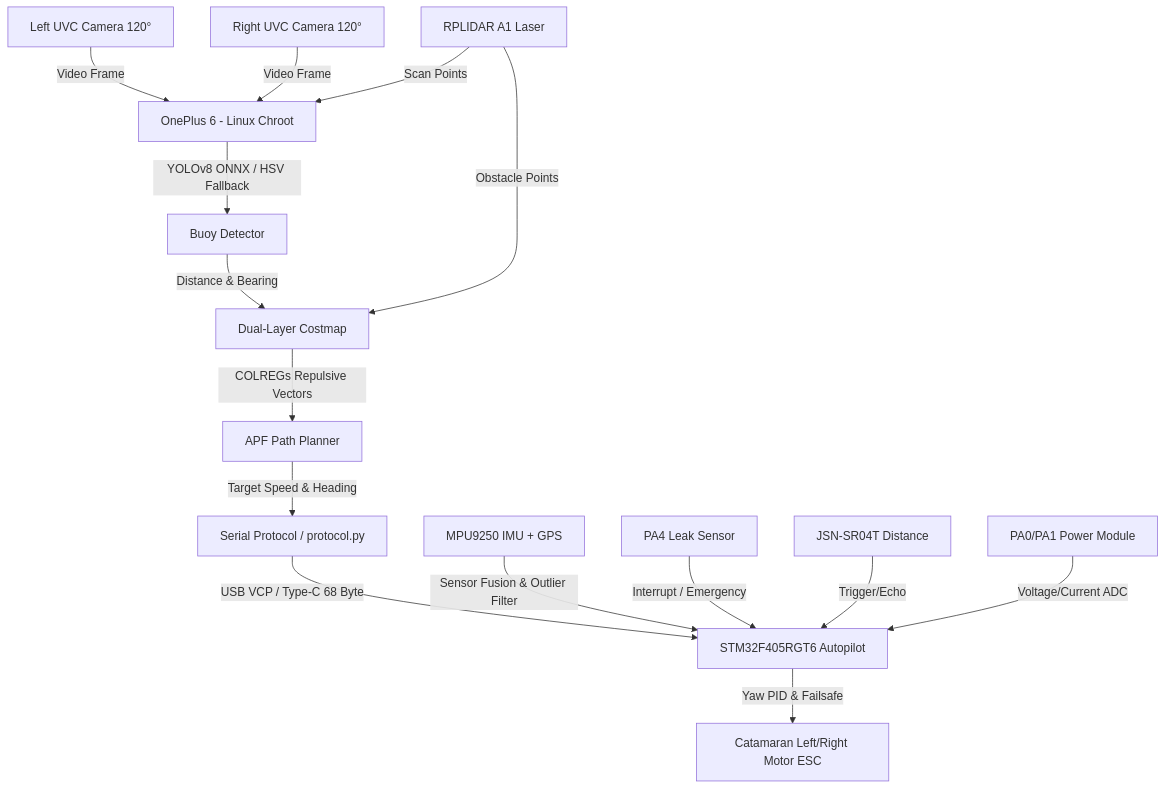
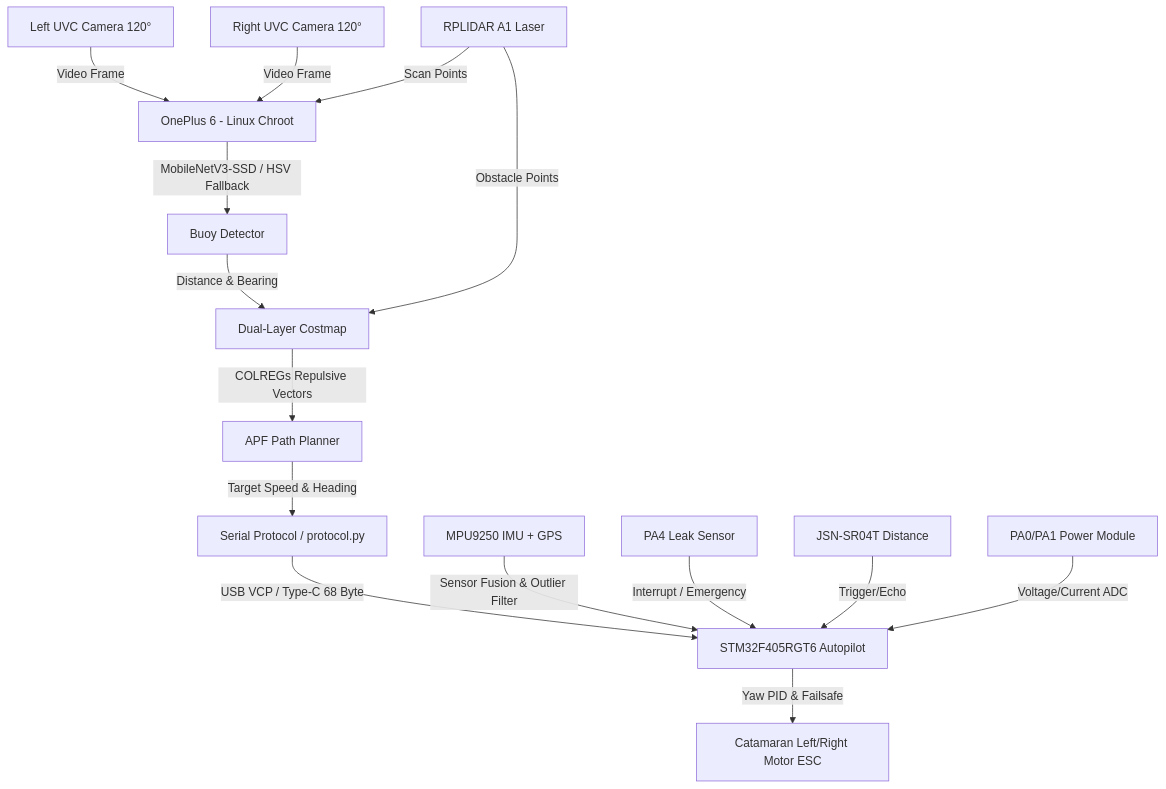
The first of 2 diagrams in README.md (Awosakan/beebot), drawn with Mermaid before and after one commit. The commit also changed other lines of this file and 3 other files, not shown here.

````diff
--- a/README.md
+++ b/README.md
@@ -47,18 +47,18 @@
 ```mermaid
 graph TD
     Cam1[Left UVC Camera 120°] -->|Video Frame| B[OnePlus 6 - Linux Chroot]
     Cam2[Right UVC Camera 120°] -->|Video Frame| B
     Lidar[RPLIDAR A1 Laser] -->|Scan Points| B
-    B -->|YOLOv8 ONNX / HSV Fallback| C[Buoy Detector]
+    B -->|MobileNetV3-SSD / HSV Fallback| C[Buoy Detector]
     C -->|Distance & Bearing| D[Dual-Layer Costmap]
     Lidar -->|Obstacle Points| D
     D -->|COLREGs Repulsive Vectors| E[APF Path Planner]
     E -->|Target Speed & Heading| F[Serial Protocol / protocol.py]
     
     F -->|USB VCP / Type-C 68 Byte| G[STM32F405RGT6 Autopilot]
     H[MPU9250 IMU + GPS] -->|Sensor Fusion & Outlier Filter| G
     Leak[PA4 Leak Sensor] -->|Interrupt / Emergency| G
     Ultrasonic[JSN-SR04T Distance] -->|Trigger/Echo| G
     Power[PA0/PA1 Power Module] -->|Voltage/Current ADC| G
     G -->|Yaw PID & Failsafe| I[Catamaran Left/Right Motor ESC]
 ```
````
